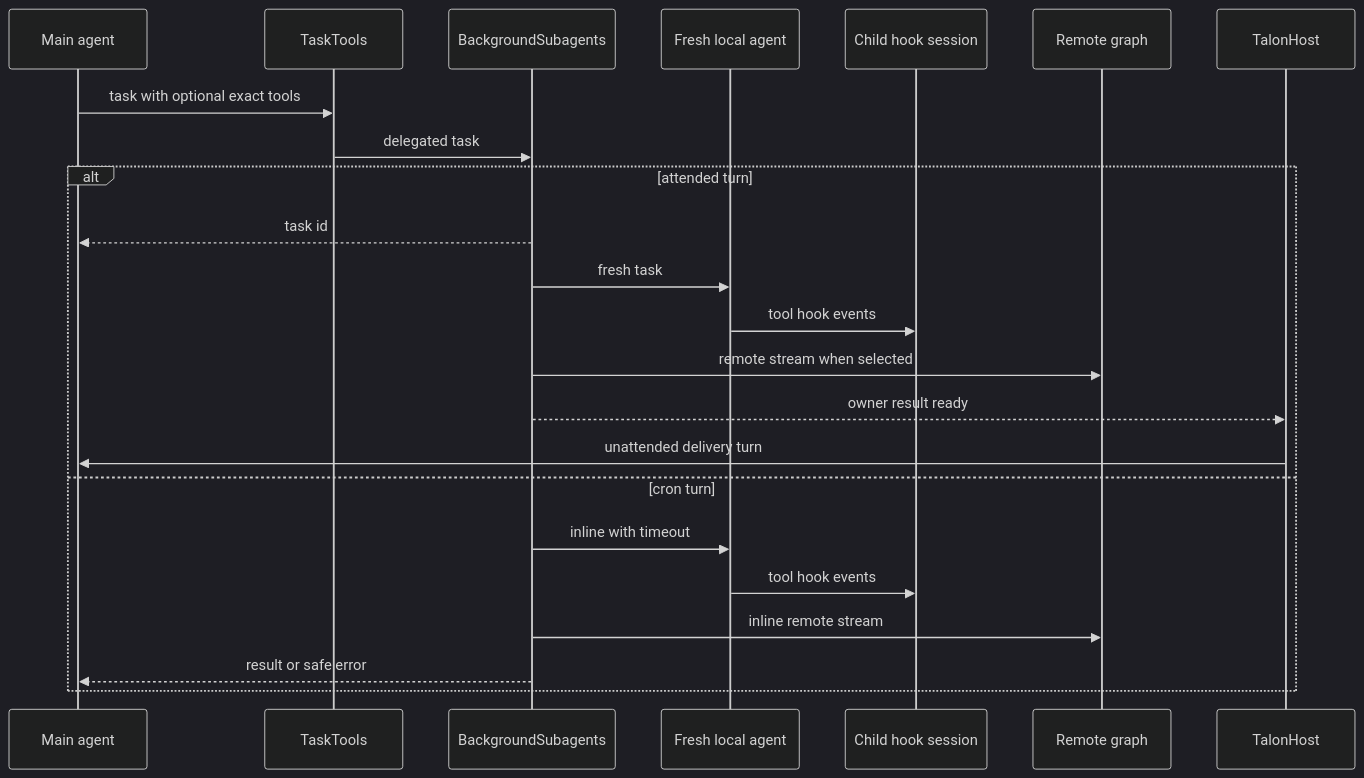
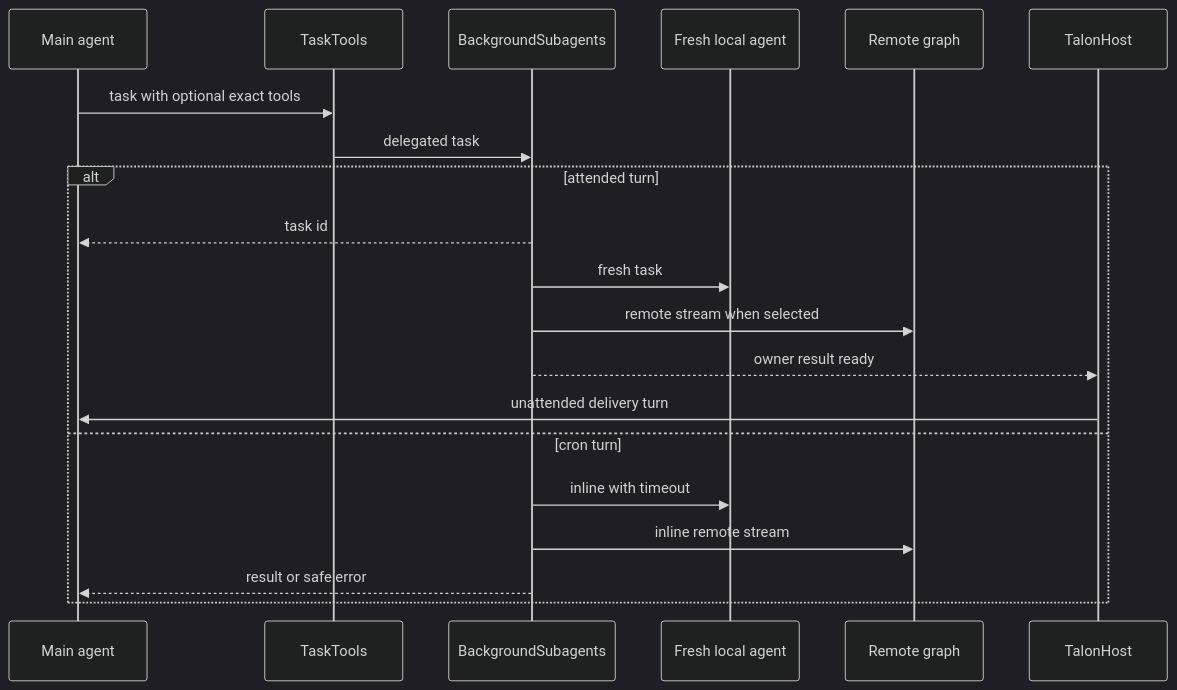
Before and after one commit to langchain-ai/deepagents: the second of 2 diagrams in openwiki/integrations/talon.md, drawn with Mermaid (dark theme). The commit also changed other lines of this file and 43 other files, not shown here.

````diff
--- a/openwiki/integrations/talon.md
+++ b/openwiki/integrations/talon.md
@@ -103,26 +117,23 @@
 ```mermaid
 sequenceDiagram
     participant Main as Main agent
     participant Tasker as TaskTools
     participant Worker as BackgroundSubagents
     participant Local as Fresh local agent
-    participant Hooker as Child hook session
     participant Remote as Remote graph
     participant Host as TalonHost
 
     Main->>Tasker: task with optional exact tools
     Tasker->>Worker: delegated task
     alt attended turn
         Worker-->>Main: task id
         Worker->>Local: fresh task
-        Local->>Hooker: tool hook events
         Worker->>Remote: remote stream when selected
         Worker-->>Host: owner result ready
         Host->>Main: unattended delivery turn
     else cron turn
         Worker->>Local: inline with timeout
-        Local->>Hooker: tool hook events
         Worker->>Remote: inline remote stream
         Worker-->>Main: result or safe error
     end
 ```
````
